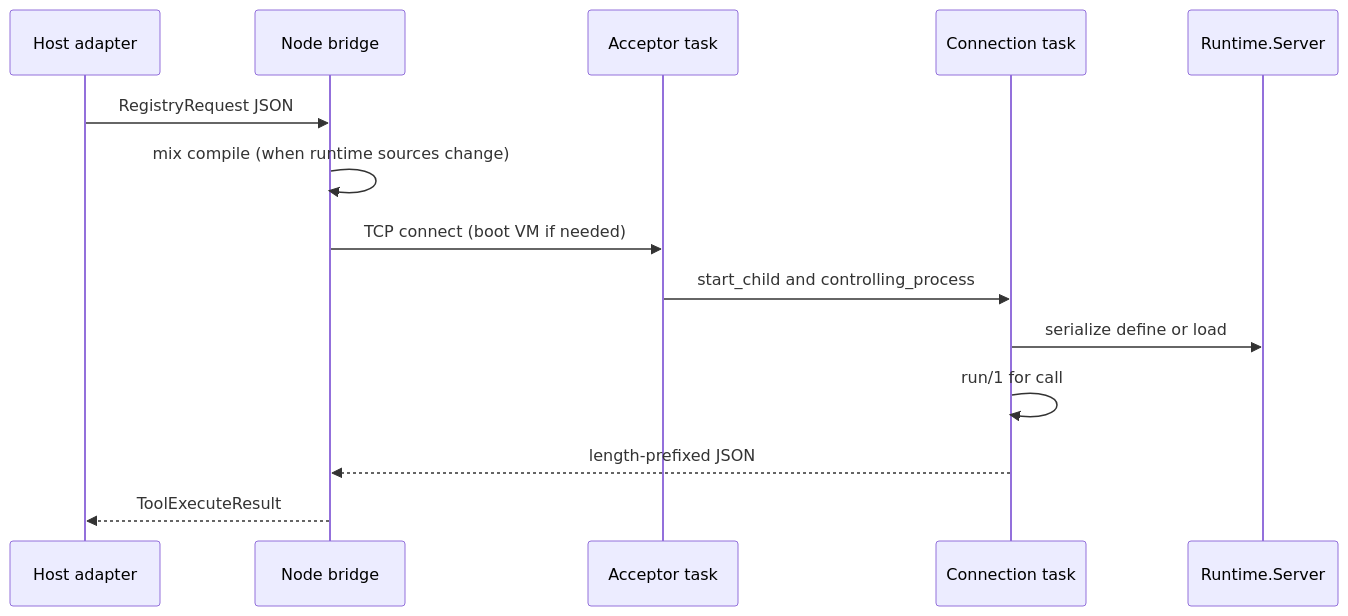
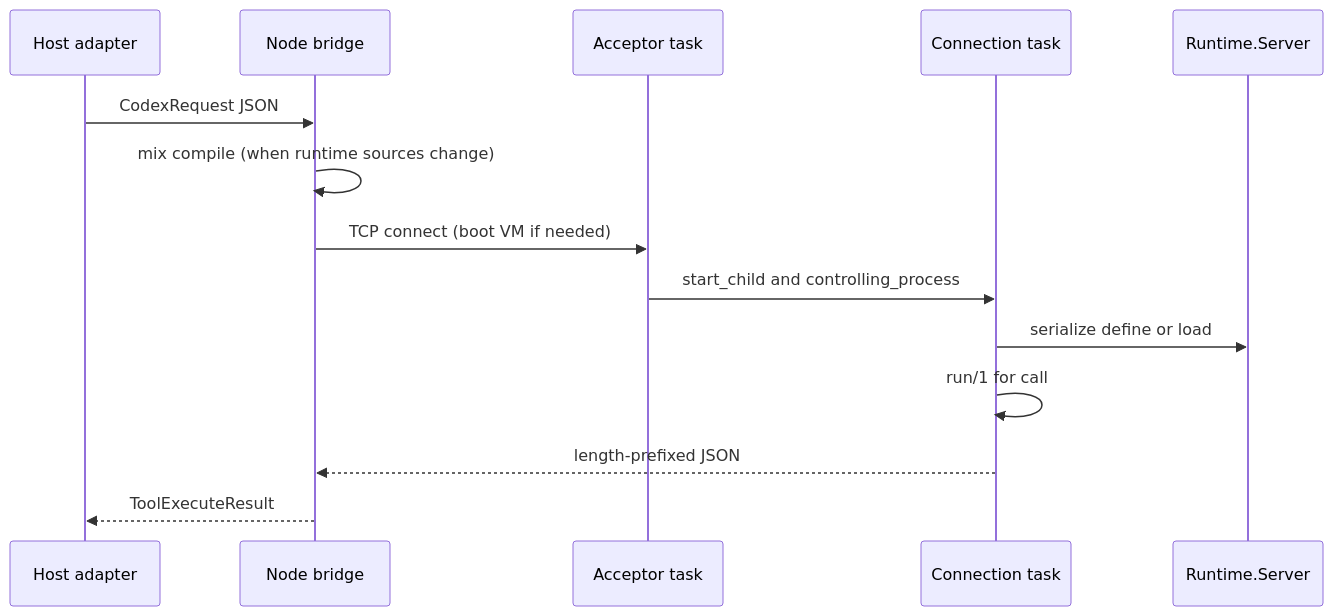
One commit to 0x1d/crucible changed the second of 3 diagrams in docs/concepts/architecture.md. Above: the diagram before and after it, drawn with Mermaid. The commit also changed other lines of this file and 37 other files, not shown here.

First line of the commit message:
refactor: rename registry to codex and cli entrypoint

````diff
--- a/docs/concepts/architecture.md
+++ b/docs/concepts/architecture.md
@@ -41,17 +41,17 @@
 ```mermaid
 sequenceDiagram
   participant Adapter as Host adapter
   participant Bridge as Node bridge
   participant Acceptor as Acceptor task
   participant Conn as Connection task
   participant Server as Runtime.Server
 
-  Adapter->>Bridge: RegistryRequest JSON
+  Adapter->>Bridge: CodexRequest JSON
   Bridge->>Bridge: mix compile (when runtime sources change)
   Bridge->>Acceptor: TCP connect (boot VM if needed)
   Acceptor->>Conn: start_child and controlling_process
   Conn->>Server: serialize define or load
   Conn->>Conn: run/1 for call
   Conn-->>Bridge: length-prefixed JSON
   Bridge-->>Adapter: ToolExecuteResult
 ```
````
